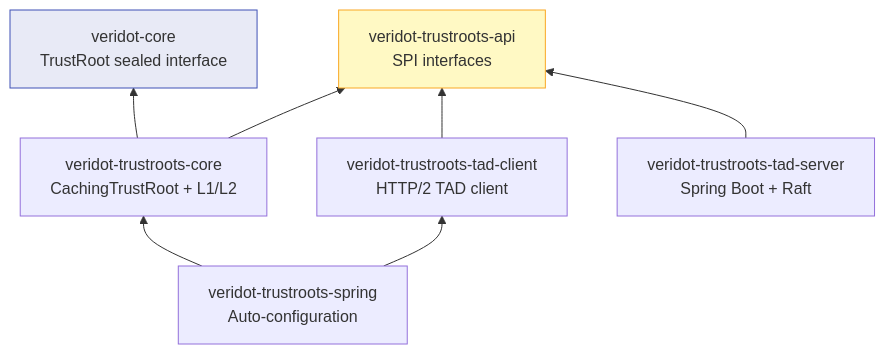
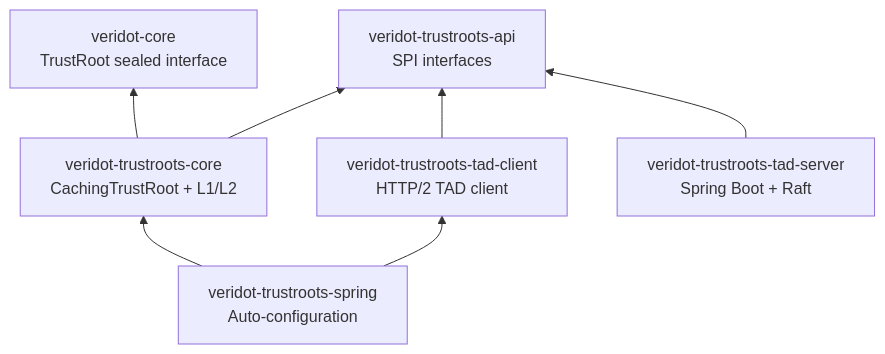
One commit to cyfko/veridot changed the second of 2 diagrams in docs/docs/modules/veridot-trustroots/index.md. Above: the diagram before and after it, drawn with Mermaid. The commit also changed other lines of this file and 25 other files, not shown here.

First line of the commit message:
style: remove colorful fill styles from Mermaid diagrams

````diff
--- a/docs/docs/modules/veridot-trustroots/index.md
+++ b/docs/docs/modules/veridot-trustroots/index.md
@@ -46,19 +42,17 @@
 ```mermaid
 graph BT
     API["veridot-trustroots-api<br/>SPI interfaces"]
     Core["veridot-trustroots-core<br/>CachingTrustRoot + L1/L2"]
     Client["veridot-trustroots-tad-client<br/>HTTP/2 TAD client"]
     Server["veridot-trustroots-tad-server<br/>Spring Boot + Raft"]
     Spring["veridot-trustroots-spring<br/>Auto-configuration"]
     VCore["veridot-core<br/>TrustRoot sealed interface"]
 
     Core --> API
     Core --> VCore
     Client --> API
     Server --> API
     Spring --> Core
     Spring --> Client
 
-    style API fill:#fff9c4,stroke:#f9a825
-    style VCore fill:#e8eaf6,stroke:#3f51b5
 ```
````
